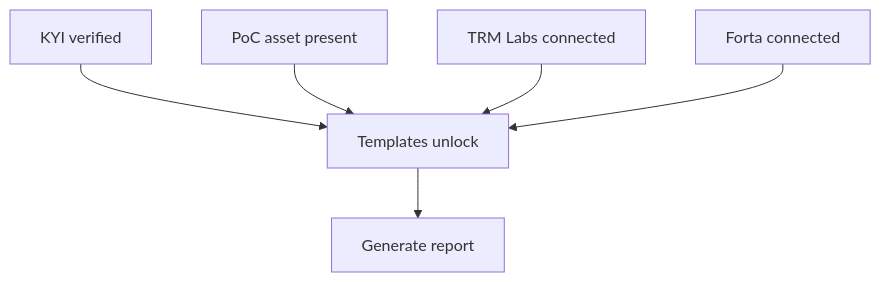
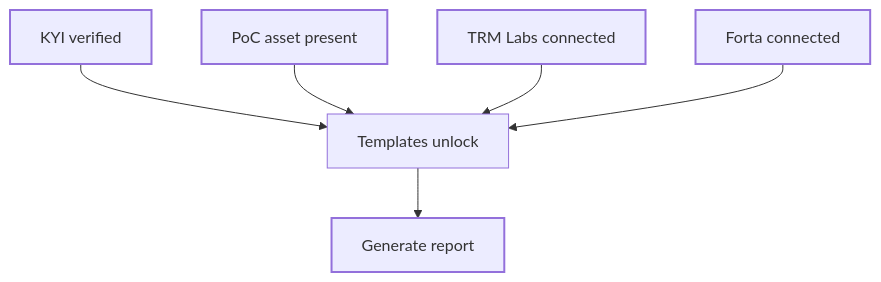
The diagram in passport/reports.mdx (blupryntco/docs), drawn with Mermaid before and after one commit. The commit also changed 54 other files, not shown here.

Commit message:
Diagrams in site palette with dark mode; Developers overview for SDK + both APIs

````diff
--- a/passport/reports.mdx
+++ b/passport/reports.mdx
@@ -19,8 +19,12 @@
 ```mermaid
 flowchart TD
   A[KYI verified] --> T[Templates unlock]
   B[PoC asset present] --> T
   C[TRM Labs connected] --> T
   D[Forta connected] --> T
   T --> G[Generate report]
+classDef start stroke-width:2px
+classDef done stroke-width:2px
+class A,B,C,D start
+class G done
 ```
````
